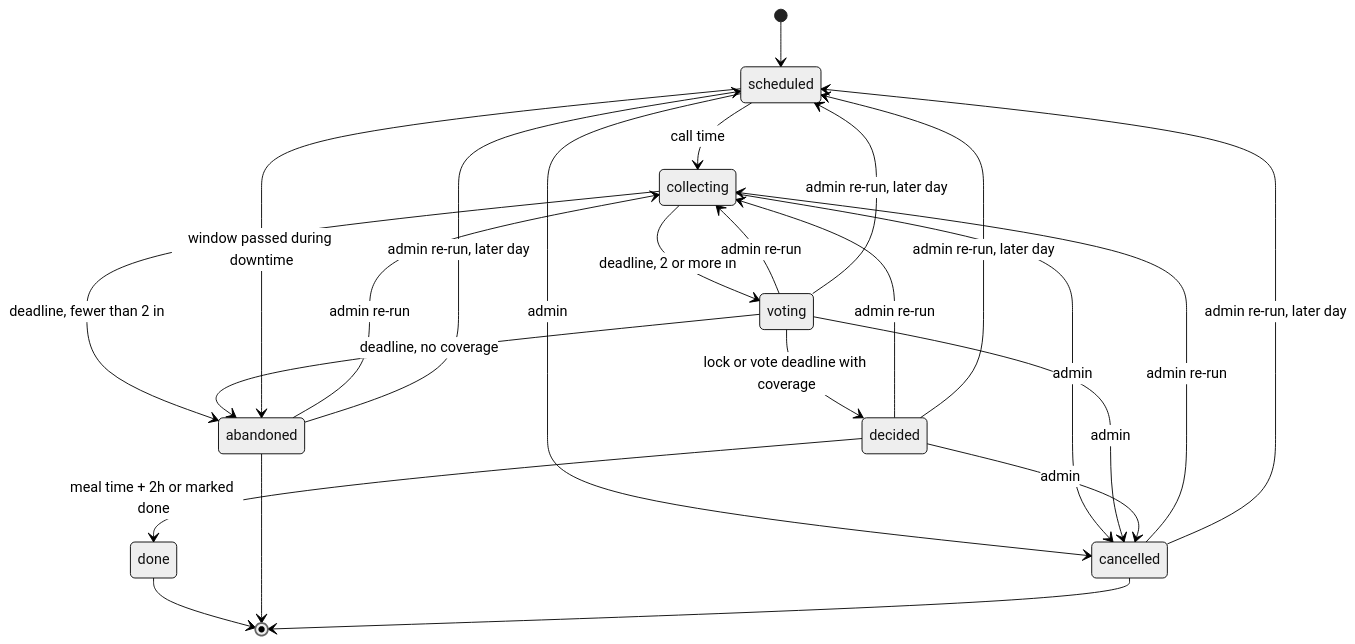
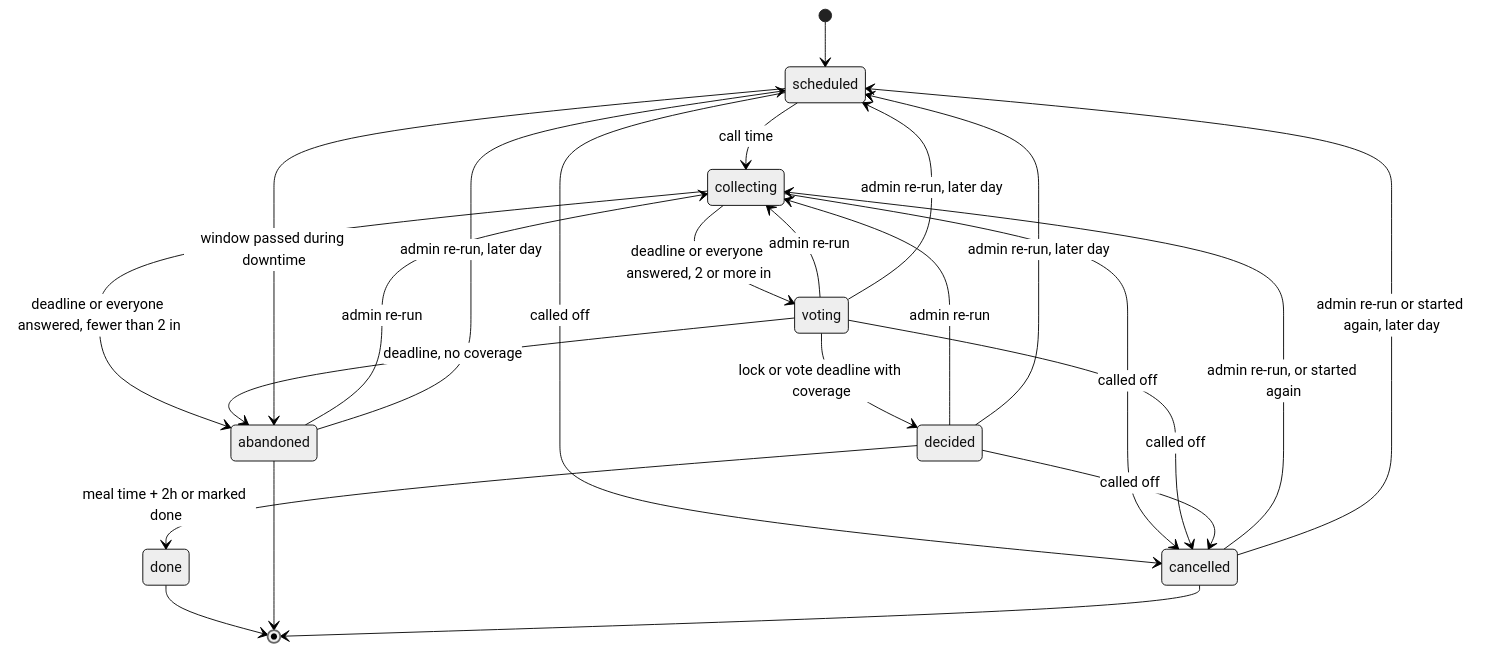
One commit to dsmorgan/dinnerbell changed the diagram in docs/spec.md. Above: the diagram before and after it, drawn with Mermaid (neutral theme). The commit also changed other lines of this file and 31 other files, not shown here.

````diff
--- a/docs/spec.md
+++ b/docs/spec.md
@@ -301,26 +304,26 @@
 ```mermaid
 stateDiagram-v2
     [*] --> scheduled
     scheduled --> collecting: call time
-    collecting --> abandoned: deadline, fewer than 2 in
-    collecting --> voting: deadline, 2 or more in
+    collecting --> abandoned: deadline or everyone answered, fewer than 2 in
+    collecting --> voting: deadline or everyone answered, 2 or more in
     voting --> decided: lock or vote deadline with coverage
     voting --> abandoned: deadline, no coverage
     decided --> done: meal time + 2h or marked done
-    scheduled --> cancelled: admin
+    scheduled --> cancelled: called off
     scheduled --> abandoned: window passed during downtime
-    collecting --> cancelled: admin
-    voting --> cancelled: admin
-    decided --> cancelled: admin
+    collecting --> cancelled: called off
+    voting --> cancelled: called off
+    decided --> cancelled: called off
     voting --> collecting: admin re-run
     decided --> collecting: admin re-run
     abandoned --> collecting: admin re-run
-    cancelled --> collecting: admin re-run
+    cancelled --> collecting: admin re-run, or started again
     voting --> scheduled: admin re-run, later day
     decided --> scheduled: admin re-run, later day
     abandoned --> scheduled: admin re-run, later day
-    cancelled --> scheduled: admin re-run, later day
+    cancelled --> scheduled: admin re-run or started again, later day
     done --> [*]
     abandoned --> [*]
     cancelled --> [*]
 ```
````
